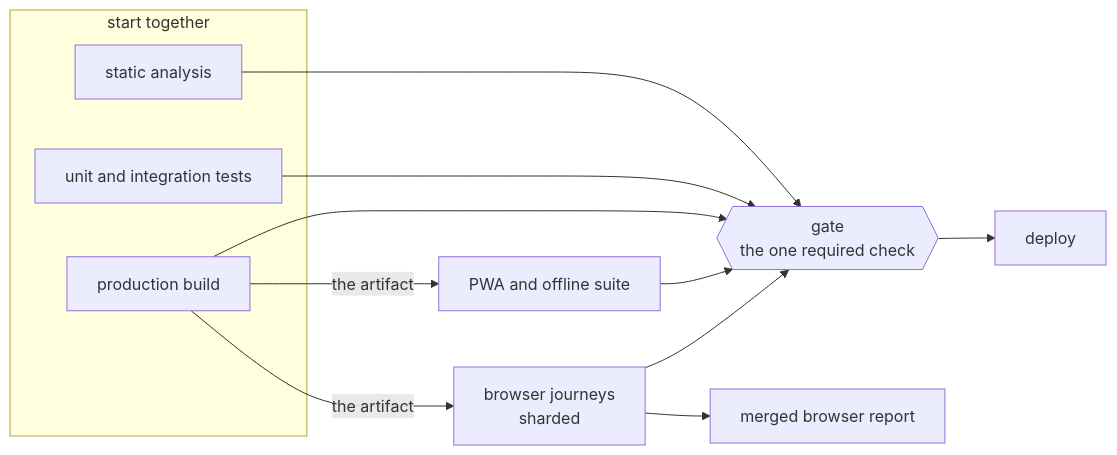
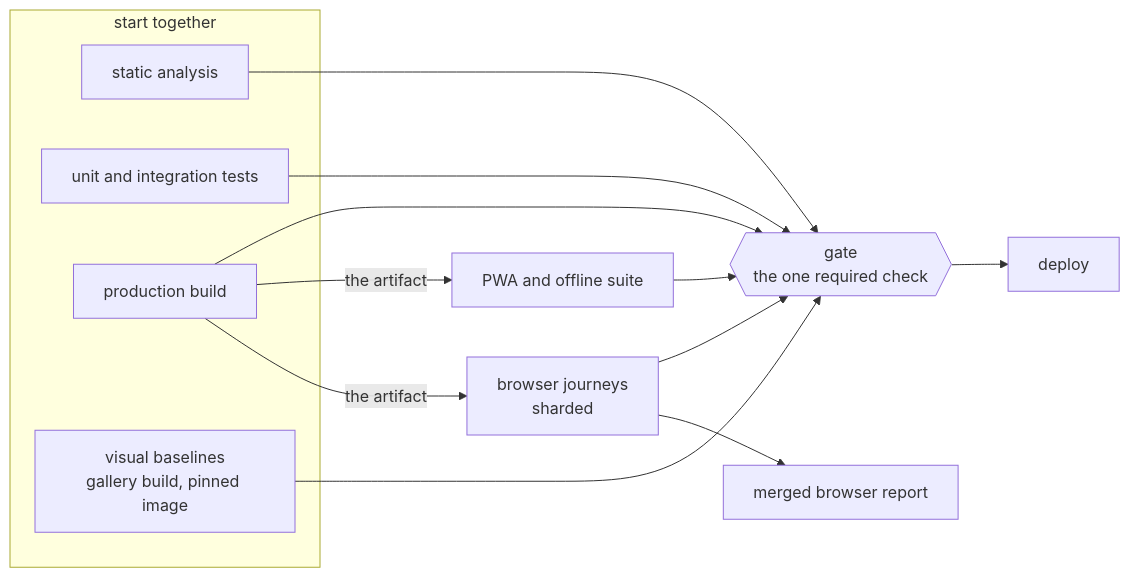
Before and after one commit to tobiaslrn/monosai: the second of 2 diagrams in docs/arc42/07-deployment-view.md, drawn with Mermaid. The commit also changed other lines of this file and 130 other files, not shown here.

First line of the commit message:
feat(repo): add a primitive gallery, screenshot baselines and shots

````diff
--- a/docs/arc42/07-deployment-view.md
+++ b/docs/arc42/07-deployment-view.md
@@ -71,19 +72,20 @@
 ```mermaid
 flowchart LR
     subgraph parallel["start together"]
         static["static analysis"]
         unit["unit and integration tests"]
         build["production build"]
+        visual["visual baselines<br/>gallery build, pinned image"]
     end
     e2e["browser journeys<br/>sharded"]
     pwa["PWA and offline suite"]
     report["merged browser report"]
     gate{{"gate<br/>the one required check"}}
     deploy["deploy"]
 
     build -->|the artifact| e2e
     build -->|the artifact| pwa
     e2e --> report
-    static & unit & build & e2e & pwa --> gate
+    static & unit & build & e2e & pwa & visual --> gate
     gate --> deploy
 ```
````
